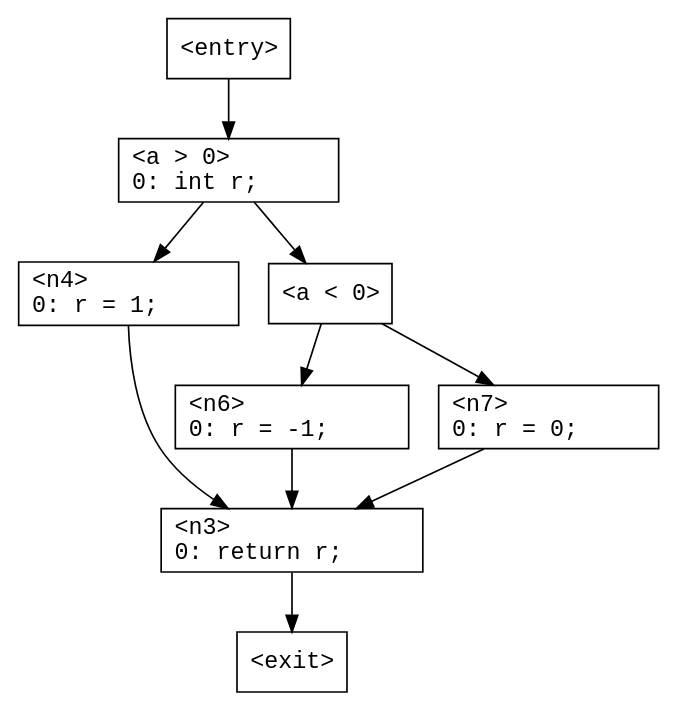
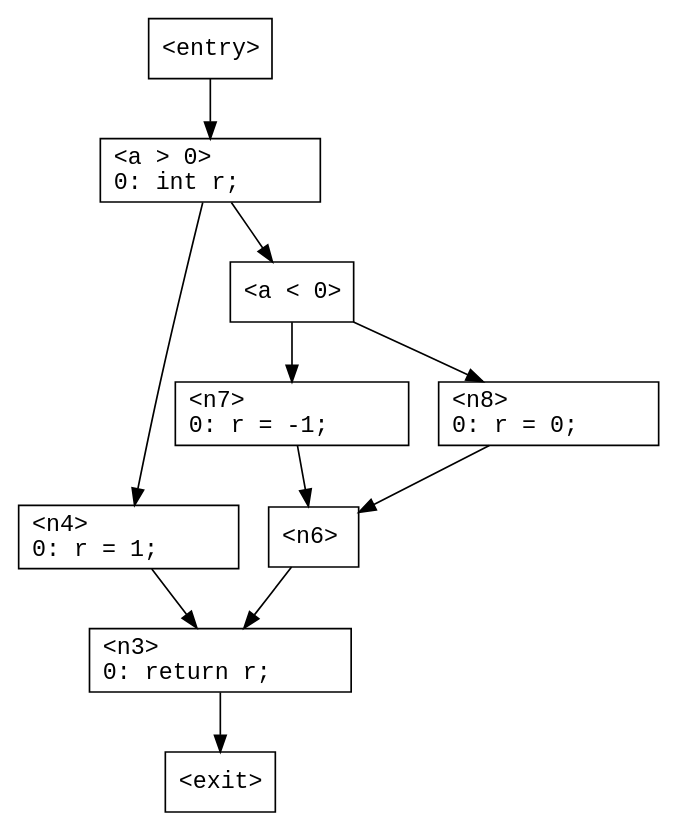
Before and after one commit to ashalkhakov/Tarp: the diagram in TarpTests/Cfg/Data/TestIfElseIf.gv, drawn with Graphviz. The commit also changed 13 other files, not shown here.

First line of the commit message:
Implement break/continue. Allow temporary 'join' nodes in the graph.

```diff
--- a/TarpTests/Cfg/Data/TestIfElseIf.gv
+++ b/TarpTests/Cfg/Data/TestIfElseIf.gv
@@ -1,36 +1,40 @@
 digraph G
 {
     n0 [ shape = "box"
              fontname = "Monospace"
              label = "<entry>\l" ];
       n0 -> n2;
     n1 [ shape = "box"
              fontname = "Monospace"
              label = "<exit>\l" ];
     n2 [ shape = "box"
              fontname = "Monospace"
              label = "<a > 0>\l0:	int r;\l" ];
       n2 -> n4;
       n2 -> n5;
     n3 [ shape = "box"
              fontname = "Monospace"
              label = "<n3>\l0:	return r;\l" ];
       n3 -> n1;
     n4 [ shape = "box"
              fontname = "Monospace"
              label = "<n4>\l0:	r = 1;\l" ];
       n4 -> n3;
     n5 [ shape = "box"
              fontname = "Monospace"
              label = "<a < 0>\l" ];
-      n5 -> n6;
       n5 -> n7;
+      n5 -> n8;
     n6 [ shape = "box"
              fontname = "Monospace"
-             label = "<n6>\l0:	r = -1;\l" ];
+             label = "<n6>\l" ];
       n6 -> n3;
     n7 [ shape = "box"
              fontname = "Monospace"
-             label = "<n7>\l0:	r = 0;\l" ];
-      n7 -> n3;
+             label = "<n7>\l0:	r = -1;\l" ];
+      n7 -> n6;
+    n8 [ shape = "box"
+             fontname = "Monospace"
+             label = "<n8>\l0:	r = 0;\l" ];
+      n8 -> n6;
 }
```
